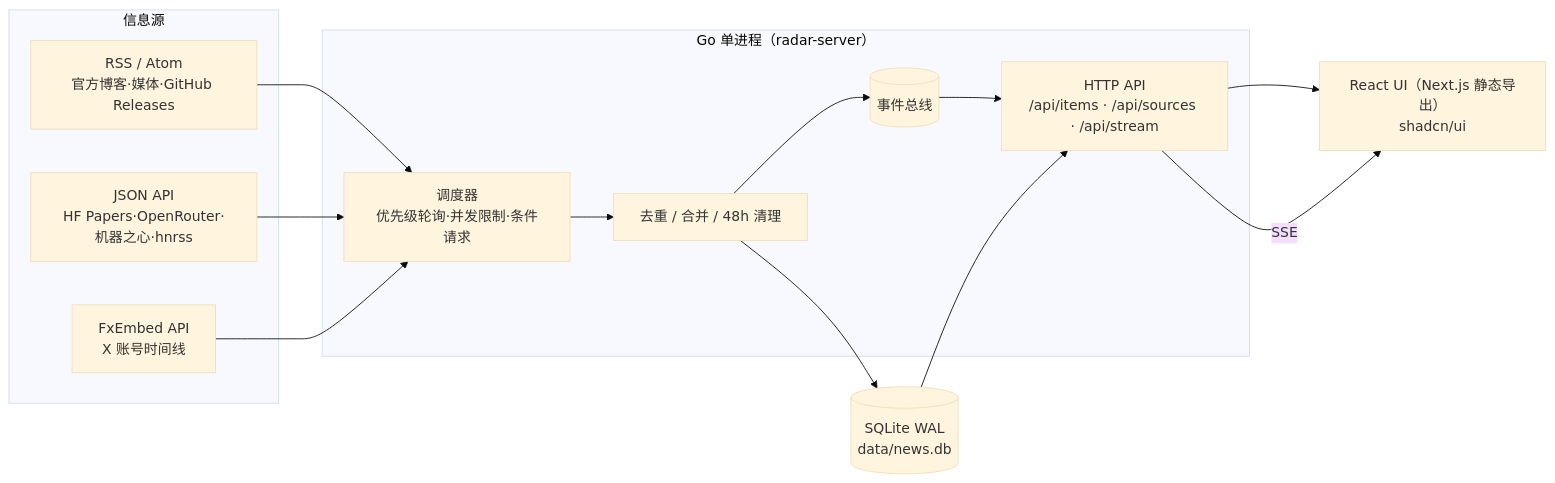
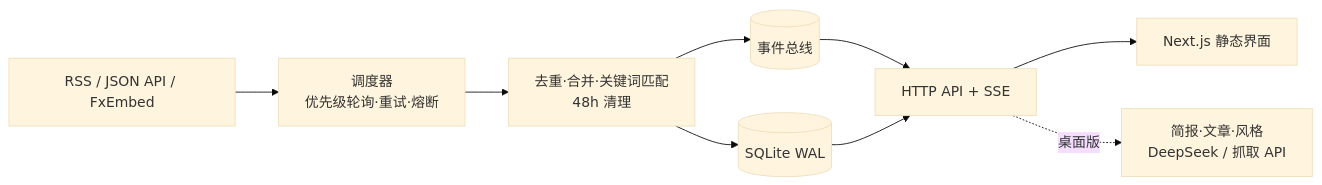
One commit to iferrnil/ai-news-radar changed the diagram in README.md. Above: the diagram before and after it, drawn with Mermaid (base theme). The commit also changed other lines of this file and 61 other files, not shown here.

````diff
--- a/README.md
+++ b/README.md
@@ -127,20 +150,9 @@
 ```mermaid
 flowchart LR
-  subgraph Sources[信息源]
-    RSS[RSS / Atom<br/>官方博客·媒体·GitHub Releases]
-    API[JSON API<br/>HF Papers·OpenRouter·机器之心·hnrss]
-    FX[FxEmbed API<br/>X 账号时间线]
-  end
-  subgraph Go[Go 单进程（radar-server）]
-    SCH[调度器<br/>优先级轮询·并发限制·条件请求]
-    STORE[去重 / 合并 / 48h 清理]
-    BUS[(事件总线)]
-    APIR[HTTP API<br/>/api/items · /api/sources · /api/stream]
-  end
-  UI[React UI（Next.js 静态导出）<br/>shadcn/ui]
-  DB[(SQLite WAL<br/>data/news.db)]
-  RSS & API & FX --> SCH --> STORE --> DB
-  STORE --> BUS --> APIR
-  DB --> APIR --> UI
-  APIR -- SSE --> UI
+  S[RSS / JSON API / FxEmbed] --> P[调度器<br/>优先级轮询·重试·熔断]
+  P --> ST[去重·合并·关键词匹配<br/>48h 清理]
+  ST --> DB[(SQLite WAL)]
+  ST --> BUS[(事件总线)] --> API[HTTP API + SSE]
+  DB --> API --> UI[Next.js 静态界面]
+  API -. 桌面版 .-> AI[简报·文章·风格<br/>DeepSeek / 抓取 API]
 ```
````
